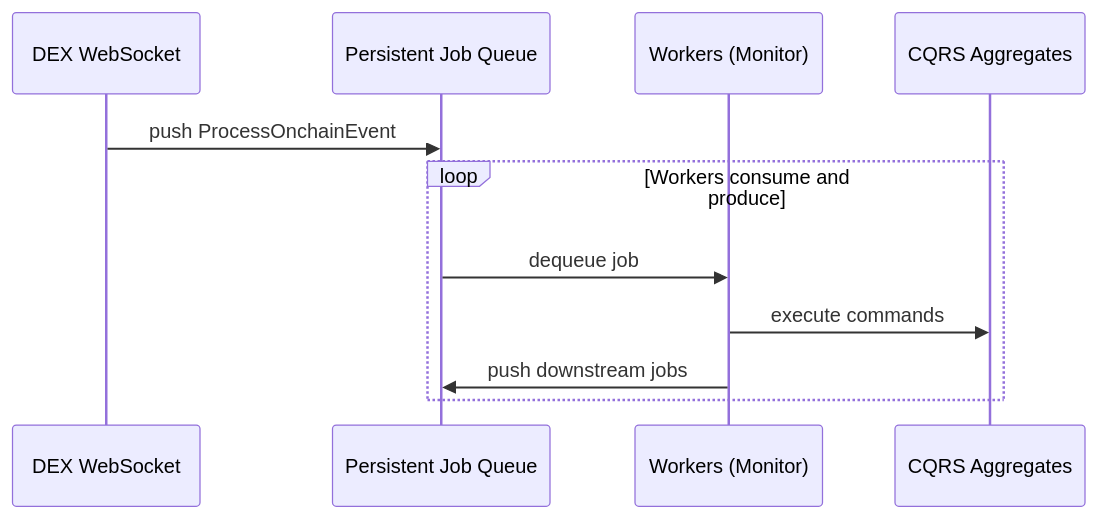
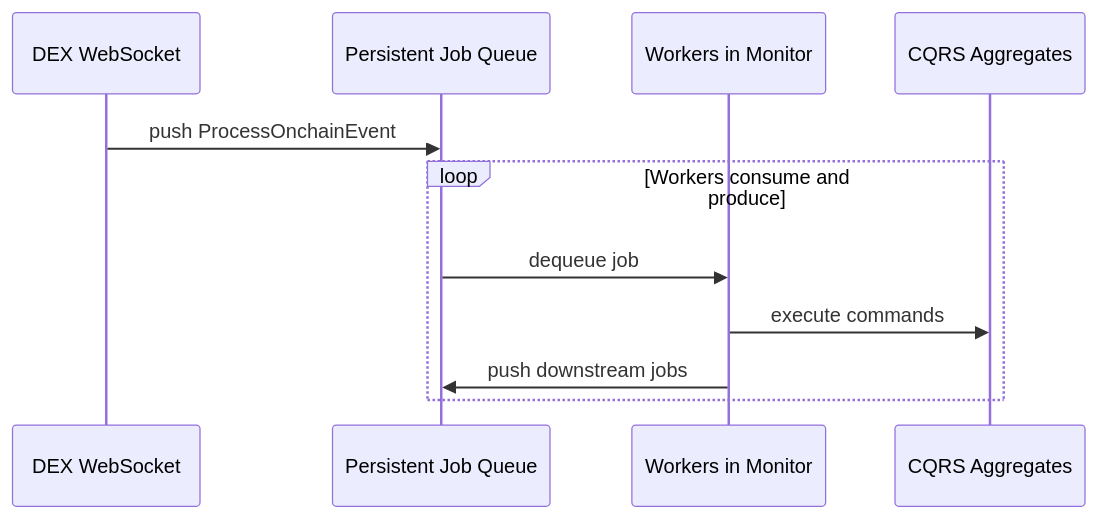
One commit to ST0x-Technology/st0x.liquidity changed the fourth of 14 diagrams in SPEC.md. Above: the diagram before and after it, drawn with Mermaid. The commit also changed other lines of this file, not shown here.

Commit message:
diagram buffet

````diff
--- a/SPEC.md
+++ b/SPEC.md
@@ -218,15 +259,15 @@
 ```mermaid
 sequenceDiagram
     participant WS as DEX WebSocket
     participant Q as Persistent Job Queue
-    participant W as Workers (Monitor)
+    participant W as Workers in Monitor
     participant CQRS as CQRS Aggregates
 
     WS->>Q: push ProcessOnchainEvent
 
     loop Workers consume and produce
         Q->>W: dequeue job
         W->>CQRS: execute commands
         W->>Q: push downstream jobs
     end
 ```
````
